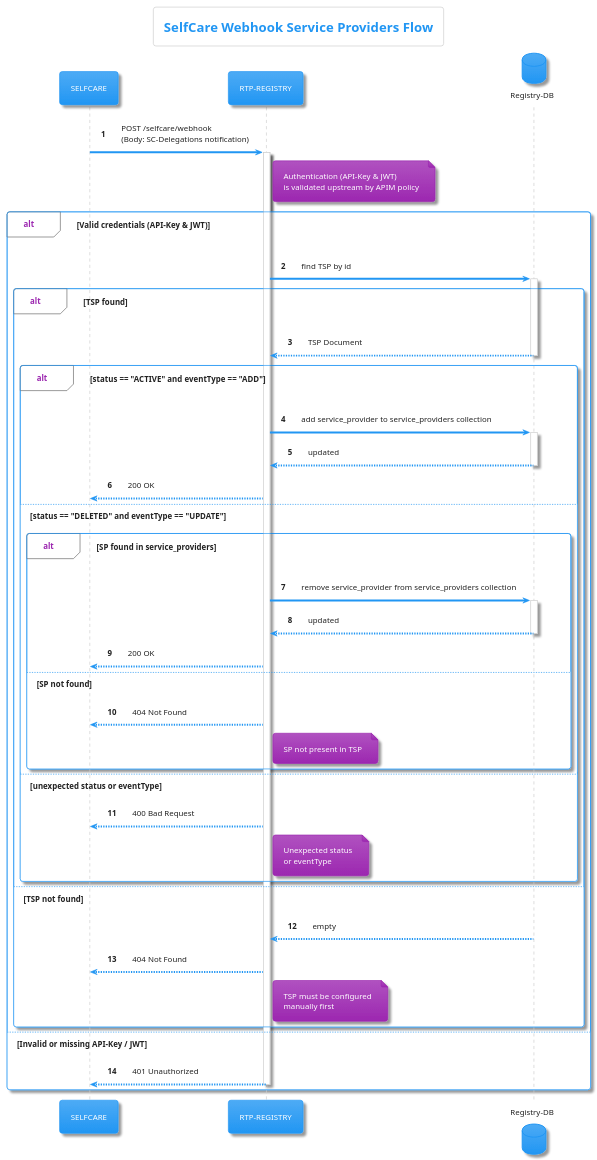
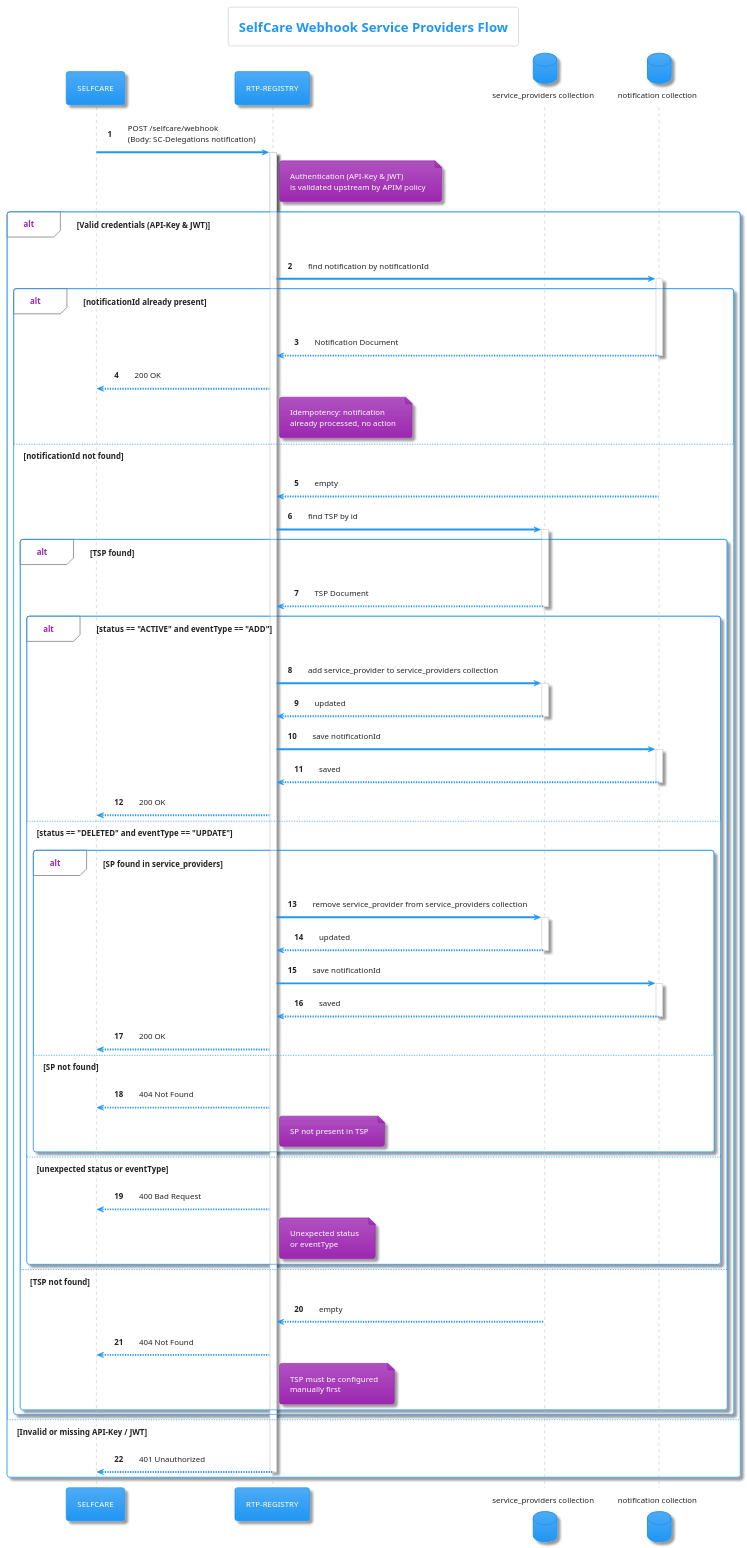
Before and after one commit to pagopa/rtp-docs: the diagram in diagrams/selfcare-service-providers-webhook.puml, drawn with PlantUML.

Commit message:
fix: SRTP-2375 Update SelfCare Webhook diagram to include notification handling and database name changes

```diff
--- a/diagrams/selfcare-service-providers-webhook.puml
+++ b/diagrams/selfcare-service-providers-webhook.puml
@@ -1,71 +1,97 @@
 @startuml
 !theme materia
 
 title SelfCare Webhook Service Providers Flow
 
 participant "SELFCARE" as SC
 participant "RTP-REGISTRY" as REG
-database "Registry-DB" as DB
+database "service_providers collection" as DB
+database "notification collection" as NDB
 
 autonumber
 
 SC -> REG: POST /selfcare/webhook\n(Body: SC-Delegations notification)
 note right of REG
   Authentication (API-Key & JWT)
   is validated upstream by APIM policy
 end note
 activate REG
 
 alt Valid credentials (API-Key & JWT)
-    REG -> DB: find TSP by id
-    activate DB
+    REG -> NDB: find notification by notificationId
+    activate NDB
 
-    alt TSP found
-        DB --> REG: TSP Document
-        deactivate DB
+    alt notificationId already present
+        NDB --> REG: Notification Document
+        deactivate NDB
+        REG --> SC: 200 OK
+        note right of REG
+          Idempotency: notification
+          already processed, no action
+        end note
 
-        alt status == "ACTIVE" and eventType == "ADD"
-            REG -> DB: add service_provider to service_providers collection
-            activate DB
-            DB --> REG: updated
+    else notificationId not found
+        NDB --> REG: empty
+        deactivate NDB
+
+        REG -> DB: find TSP by id
+        activate DB
+
+        alt TSP found
+            DB --> REG: TSP Document
             deactivate DB
-            REG --> SC: 200 OK
 
-        else status == "DELETED" and eventType == "UPDATE"
-            alt SP found in service_providers
-                REG -> DB: remove service_provider from service_providers collection
+            alt status == "ACTIVE" and eventType == "ADD"
+                REG -> DB: add service_provider to service_providers collection
                 activate DB
                 DB --> REG: updated
                 deactivate DB
+                REG -> NDB: save notificationId
+                activate NDB
+                NDB --> REG: saved
+                deactivate NDB
                 REG --> SC: 200 OK
-            else SP not found
-                REG --> SC: 404 Not Found
+
+            else status == "DELETED" and eventType == "UPDATE"
+                alt SP found in service_providers
+                    REG -> DB: remove service_provider from service_providers collection
+                    activate DB
+                    DB --> REG: updated
+                    deactivate DB
+                    REG -> NDB: save notificationId
+                    activate NDB
+                    NDB --> REG: saved
+                    deactivate NDB
+                    REG --> SC: 200 OK
+                else SP not found
+                    REG --> SC: 404 Not Found
+                    note right of REG
+                      SP not present in TSP
+                    end note
+                end
+
+            else unexpected status or eventType
+                REG --> SC: 400 Bad Request
                 note right of REG
-                  SP not present in TSP
+                  Unexpected status
+                  or eventType
                 end note
             end
 
-        else unexpected status or eventType
-            REG --> SC: 400 Bad Request
+        else TSP not found
+            DB --> REG: empty
+            deactivate DB
+            REG --> SC: 404 Not Found
             note right of REG
-              Unexpected status
-              or eventType
+              TSP must be configured
+              manually first
             end note
         end
-
-    else TSP not found
-        DB --> REG: empty
-        deactivate DB
-        REG --> SC: 404 Not Found
-        note right of REG
-          TSP must be configured
-          manually first
-        end note
     end
 
 else Invalid or missing API-Key / JWT
     REG --> SC: 401 Unauthorized
     deactivate REG
 end
 
 @enduml
```
